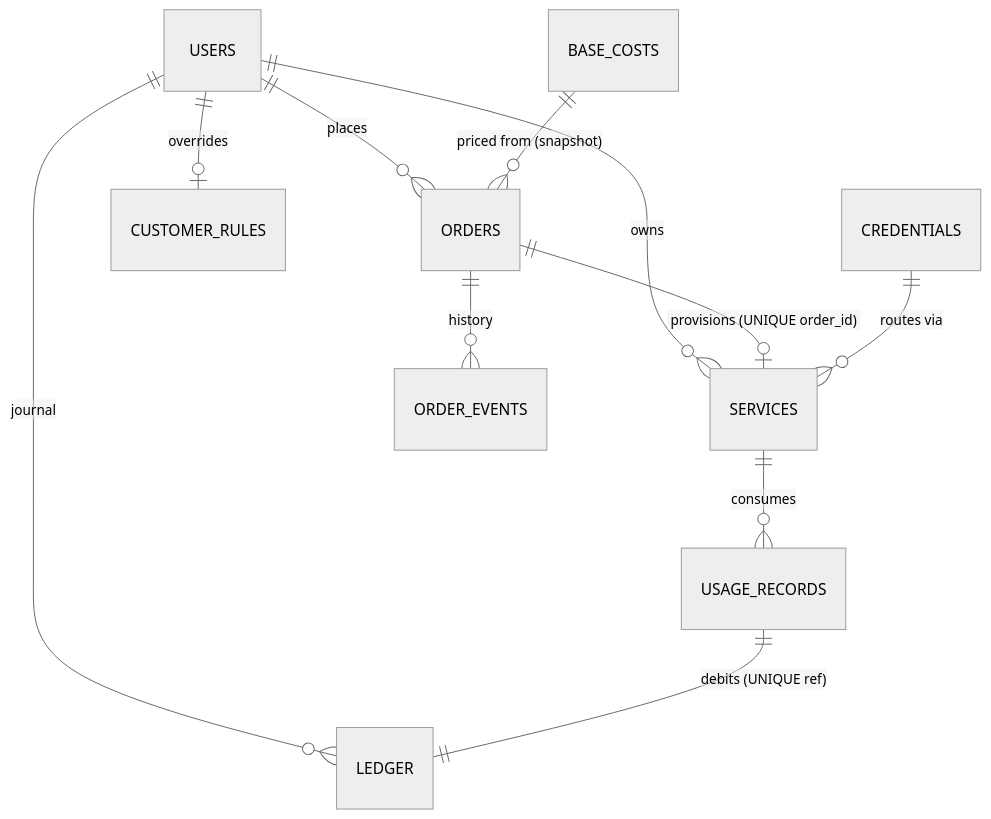
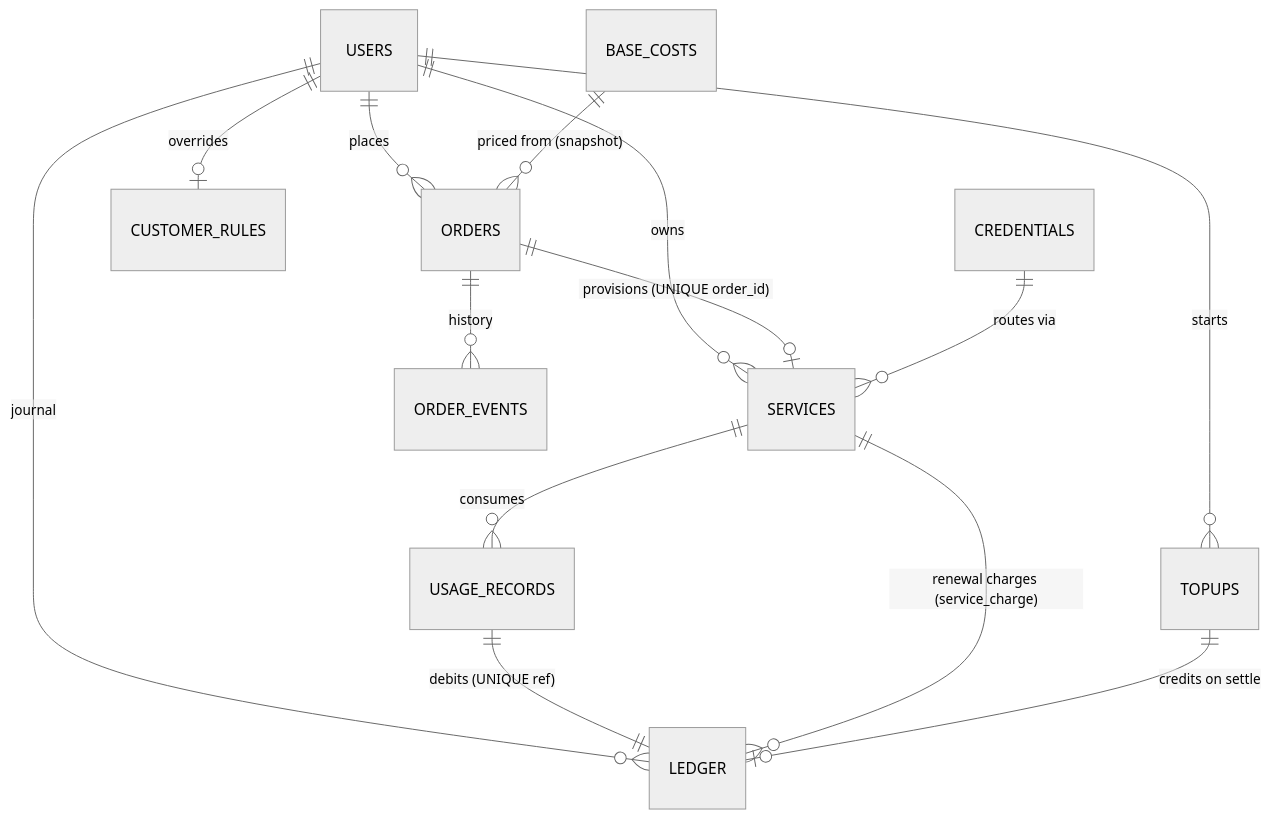
The diagram in docs/DATA_MODEL.md (ladekarl1234-commits/arvan-reseller), drawn with Mermaid (neutral theme) before and after one commit. The commit also changed other lines of this file and 131 other files, not shown here.

````diff
--- a/docs/DATA_MODEL.md
+++ b/docs/DATA_MODEL.md
@@ -5,13 +5,16 @@
 ```mermaid
 erDiagram
     USERS ||--o{ ORDERS : places
     USERS ||--o{ SERVICES : owns
     USERS ||--o{ LEDGER : "journal"
     USERS ||--o| CUSTOMER_RULES : "overrides"
     ORDERS ||--o{ ORDER_EVENTS : history
     ORDERS ||--o| SERVICES : "provisions (UNIQUE order_id)"
     SERVICES ||--o{ USAGE_RECORDS : consumes
     USAGE_RECORDS ||--|| LEDGER : "debits (UNIQUE ref)"
+    SERVICES ||--o{ LEDGER : "renewal charges (service_charge)"
+    USERS ||--o{ TOPUPS : starts
+    TOPUPS ||--o| LEDGER : "credits on settle"
     CREDENTIALS ||--o{ SERVICES : "routes via"
     BASE_COSTS ||--o{ ORDERS : "priced from (snapshot)"
 ```
````
